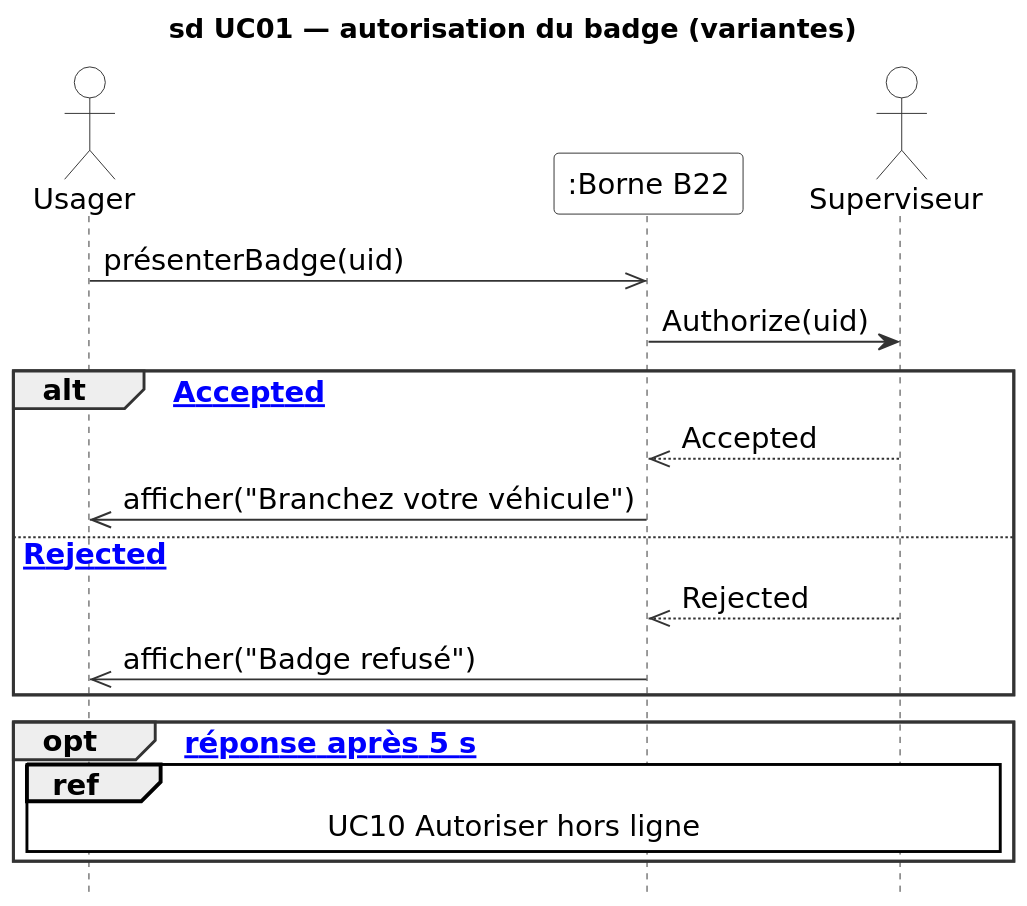
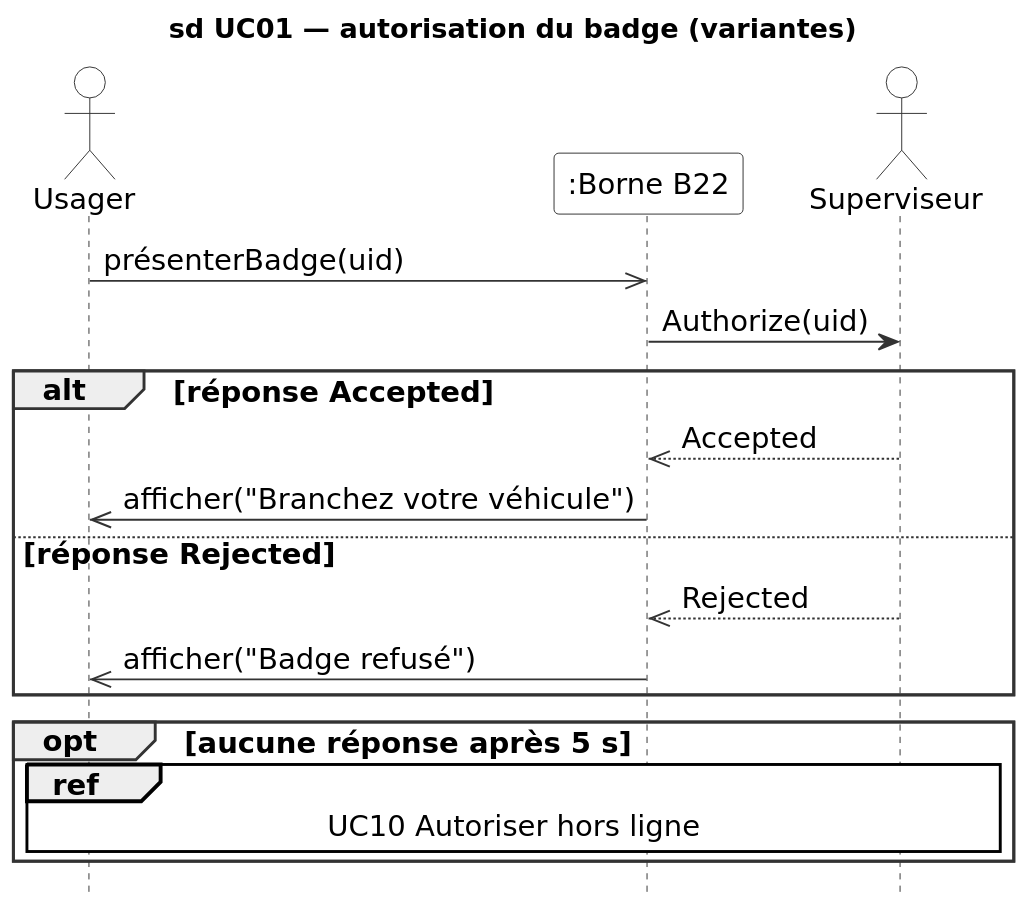
One commit to PROFIND-TRAINING/formation-ihm-visuels changed the diagram in uml/module2/2b.9.1_sequence_uc01_variantes.puml. Above: the diagram before and after it, drawn with PlantUML.

Commit message:
Visuel uml/module2/2b.9.1_sequence_uc01_variantes.puml

```diff
--- a/uml/module2/2b.9.1_sequence_uc01_variantes.puml
+++ b/uml/module2/2b.9.1_sequence_uc01_variantes.puml
@@ -1,37 +1,37 @@
 @startuml
 skinparam dpi 150
 skinparam defaultFontName DejaVu Sans
 skinparam defaultFontSize 15
 skinparam shadowing false
 skinparam monochrome false
 skinparam actorBorderColor #333333
 skinparam actorBackgroundColor #FFFFFF
 skinparam usecaseBorderColor #333333
 skinparam usecaseBackgroundColor #FFFFFF
 skinparam rectangleBorderColor #333333
 skinparam ArrowColor #333333
 skinparam noteBorderColor #999999
 skinparam noteBackgroundColor #FFFBEA
 skinparam sequenceLifeLineBorderColor #333333
 skinparam sequenceParticipantBorderColor #333333
 skinparam sequenceParticipantBackgroundColor #FFFFFF
 skinparam sequenceGroupBorderColor #333333
 skinparam sequenceReferenceBackgroundColor #FFFFFF
 hide footbox
 title sd UC01 — autorisation du badge (variantes)
 actor Usager
 participant ":Borne B22" as B
 actor Superviseur as S
 Usager ->> B : présenterBadge(uid)
 B -> S : Authorize(uid)
-alt [réponse Accepted]
+alt réponse Accepted
   S -->> B : Accepted
   B ->> Usager : afficher("Branchez votre véhicule")
-else [réponse Rejected]
+else réponse Rejected
   S -->> B : Rejected
   B ->> Usager : afficher("Badge refusé")
 end
-opt [aucune réponse après 5 s]
+opt aucune réponse après 5 s
   ref over Usager, B, S : UC10 Autoriser hors ligne
 end
 @enduml
```
